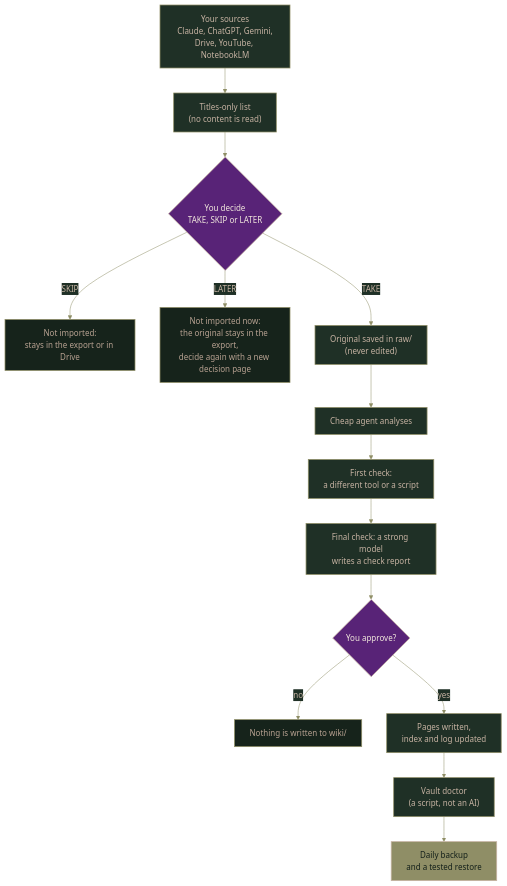
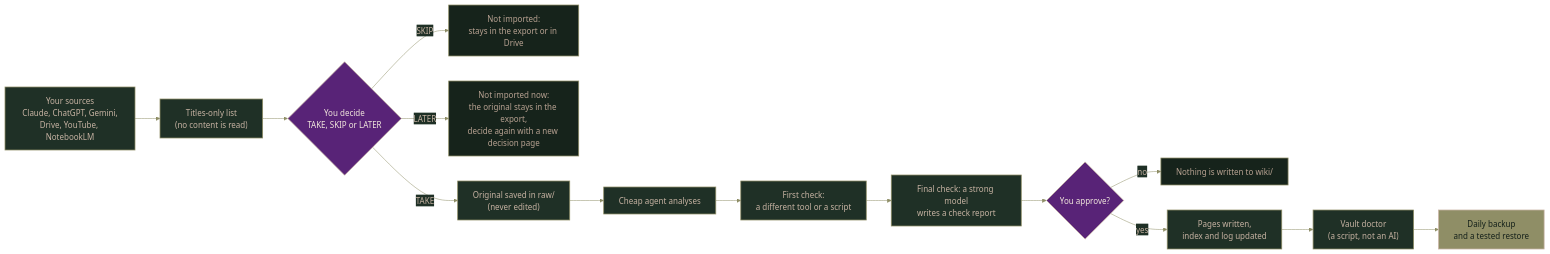
The diagram in README.md (jenny-gecglr/second-brain-from-scratch), drawn with Mermaid before and after one commit.

Commit message:
README diagram: horizontal layout

````diff
--- a/README.md
+++ b/README.md
@@ -42,25 +42,25 @@
 ```mermaid
 %%{init: {"theme":"base","themeVariables":{"fontFamily":"Georgia, serif","primaryColor":"#1F3026","primaryTextColor":"#C7B3A3","primaryBorderColor":"#8F8E66","lineColor":"#8F8E66","tertiaryTextColor":"#C7B3A3","edgeLabelBackground":"#1F3026"}}}%%
-flowchart TD
+flowchart LR
     A["Your sources<br/>Claude, ChatGPT, Gemini,<br/>Drive, YouTube, NotebookLM"] --> B["Titles-only list<br/>(no content is read)"]
     B --> C{"You decide<br/>TAKE, SKIP or LATER"}
     C -- SKIP --> S["Not imported:<br/>stays in the export or in Drive"]
     C -- LATER --> LT["Not imported now:<br/>the original stays in the export,<br/>decide again with a new decision page"]
     C -- TAKE --> D["Original saved in raw/<br/>(never edited)"]
     D --> E["Cheap agent analyses"]
     E --> F["First check:<br/>a different tool or a script"]
     F --> G["Final check: a strong model<br/>writes a check report"]
     G --> H{"You approve?"}
     H -- no --> I["Nothing is written to wiki/"]
     H -- yes --> J["Pages written,<br/>index and log updated"]
     J --> K["Vault doctor<br/>(a script, not an AI)"]
     K --> L["Daily backup<br/>and a tested restore"]
     classDef cBase fill:#1F3026,stroke:#8F8E66,color:#C7B3A3,stroke-width:1.5px
     classDef cAsk fill:#582377,stroke:#C7B3A3,color:#F2E8DD,stroke-width:1.5px
     classDef cDone fill:#8F8E66,stroke:#C7B3A3,color:#14201A,stroke-width:1.5px
     classDef cStop fill:#16231B,stroke:#8F8E66,color:#B8A292,stroke-width:1.5px
     class A,B,D,E,F,G,J,K cBase
     class C,H cAsk
     class L cDone
     class S,I,LT cStop
 ```
````
